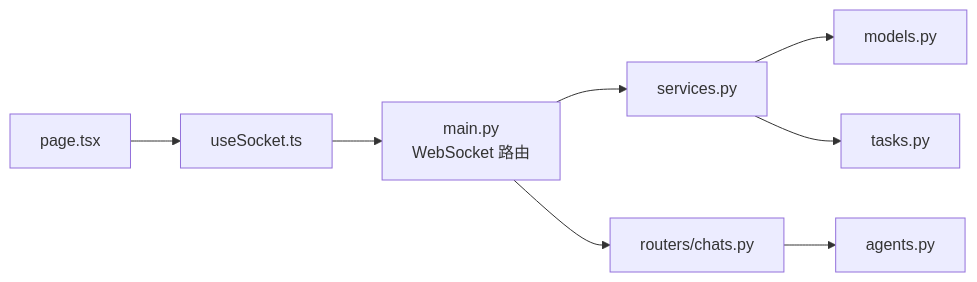
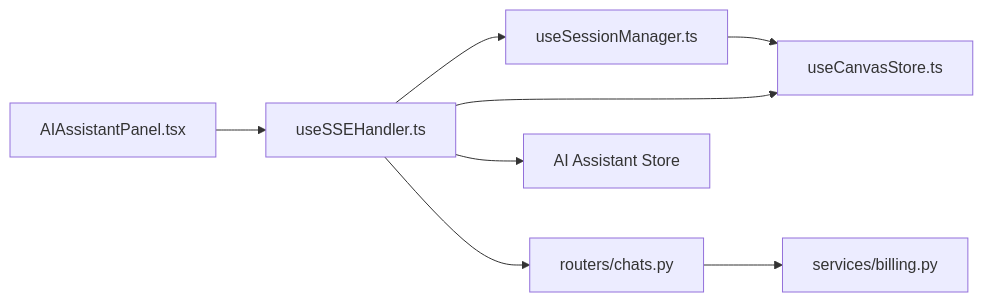
One commit to KunLabAI/KunFlix changed the fifth of 5 diagrams in .qoder/repowiki/zh/content/前端开发指南/WebSocket 实时通信.md. Above: the diagram before and after it, drawn with Mermaid. The commit also changed other lines of this file and 27 other files, not shown here.

````diff
--- a/.qoder/repowiki/zh/content/前端开发指南/WebSocket 实时通信.md
+++ b/.qoder/repowiki/zh/content/前端开发指南/WebSocket 实时通信.md
@@ -405,10 +315,10 @@
 ```mermaid
 graph LR
-FE_Page["page.tsx"] --> FE_Hook["useSocket.ts"]
-FE_Hook --> BE_WS["main.py<br/>WebSocket 路由"]
-BE_WS --> BE_Svc["services.py"]
-BE_Svc --> BE_Models["models.py"]
-BE_WS --> BE_RouterChats["routers/chats.py"]
-BE_RouterChats --> BE_Agents["agents.py"]
-BE_Svc --> BE_Tasks["tasks.py"]
+FE_AIAssistant["AIAssistantPanel.tsx"] --> FE_SSEHandler["useSSEHandler.ts"]
+FE_SSEHandler --> FE_SessionMgr["useSessionManager.ts"]
+FE_SessionMgr --> FE_CanvasStore["useCanvasStore.ts"]
+FE_SSEHandler --> BE_Chats["routers/chats.py"]
+BE_Chats --> BE_Billing["services/billing.py"]
+FE_SSEHandler --> FE_Store["AI Assistant Store"]
+FE_SSEHandler --> FE_CanvasStore
 ```
````
